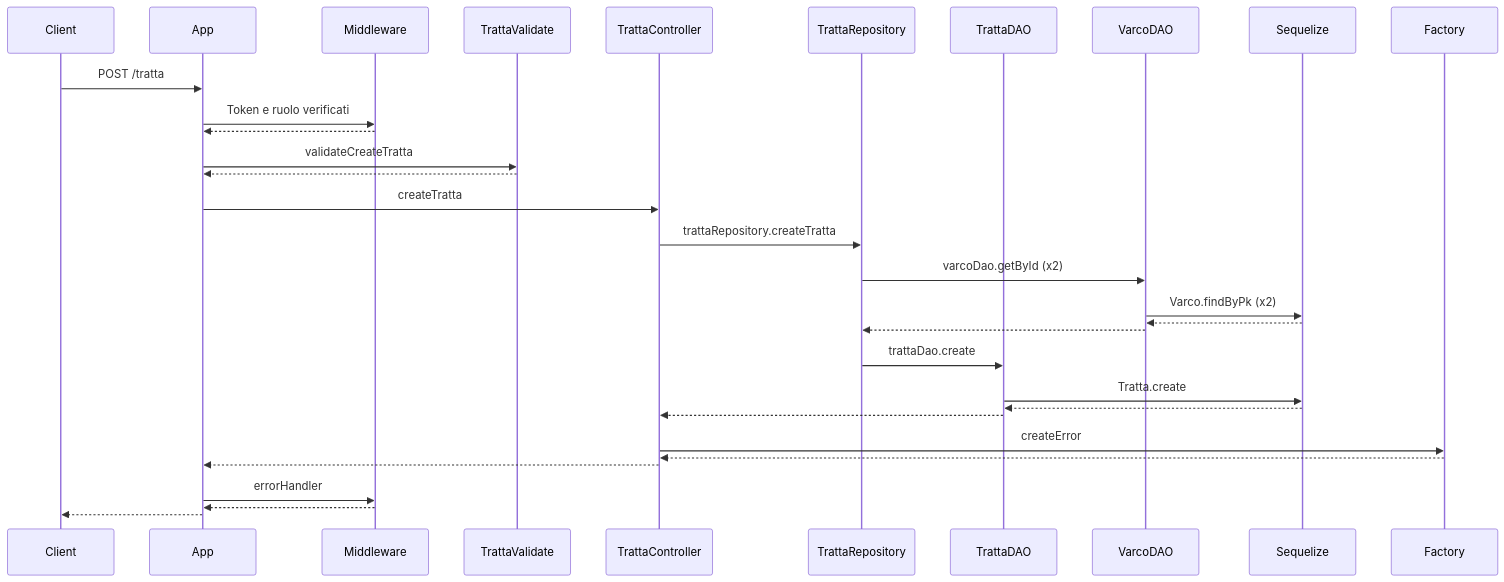
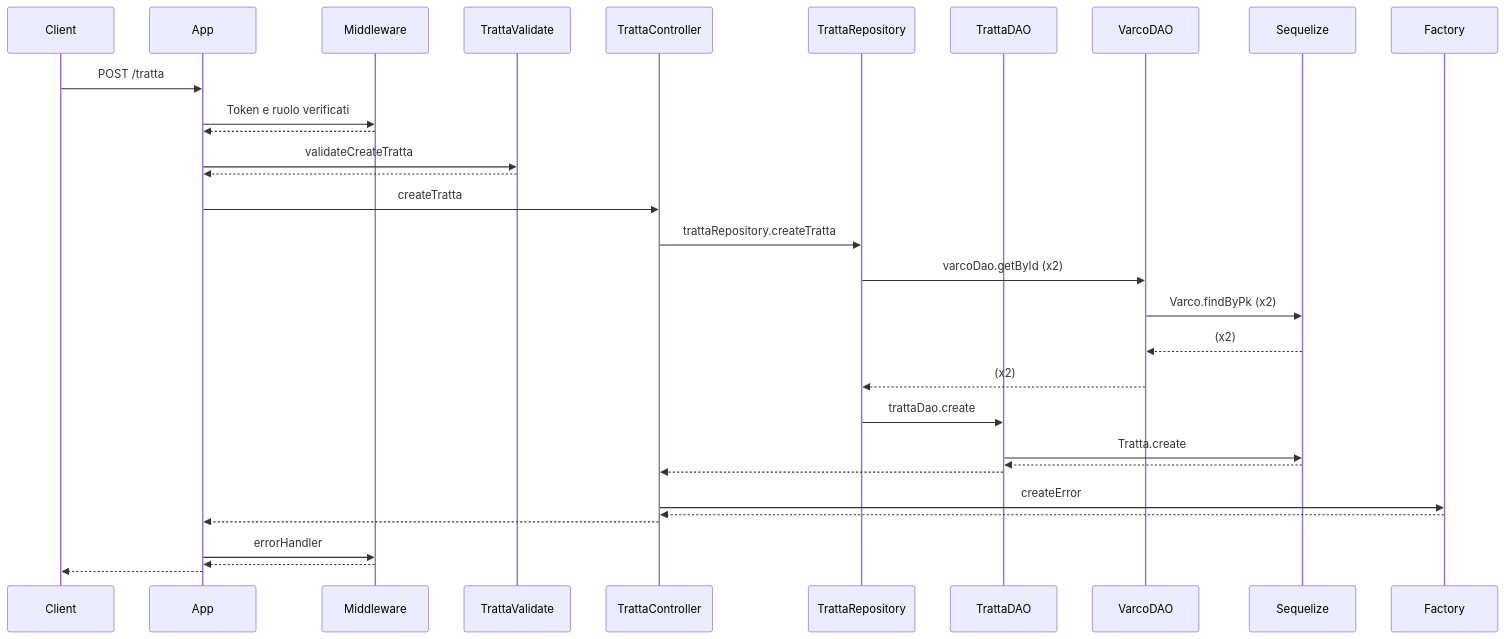
One commit to MattSona99/ProgettoPA changed the fourth of 8 diagrams in README.md. Above: the diagram before and after it, drawn with Mermaid. The commit also changed other lines of this file, not shown here.

````diff
--- a/README.md
+++ b/README.md
@@ -266,35 +266,35 @@
 ```mermaid
 sequenceDiagram
   participant C as Client
   participant A as App
   participant M as Middleware
   participant V as TrattaValidate
   participant CN as TrattaController
   participant R as TrattaRepository
   participant TD as TrattaDAO
   participant VD as VarcoDAO
   participant S as Sequelize
   participant F as Factory
 
   C ->> A: POST /tratta
   A ->> M: Token e ruolo verificati
   M -->> A: 
   A ->> V: validateCreateTratta
   V -->> A: 
   A ->> CN: createTratta
   CN ->> R: trattaRepository.createTratta
   R ->> VD: varcoDao.getById (x2)
   VD ->> S: Varco.findByPk (x2)
-  S -->> VD: 
-  VD -->> R: 
+  S -->> VD: (x2)
+  VD -->> R: (x2)
   R ->> TD: trattaDao.create
   TD ->> S: Tratta.create
   S -->> TD: 
   TD -->> CN: 
   CN ->> F: createError
   F -->> CN: 
   CN -->> A: 
   A ->> M: errorHandler
   M -->> A: 
   A -->> C: 
 ```
````
